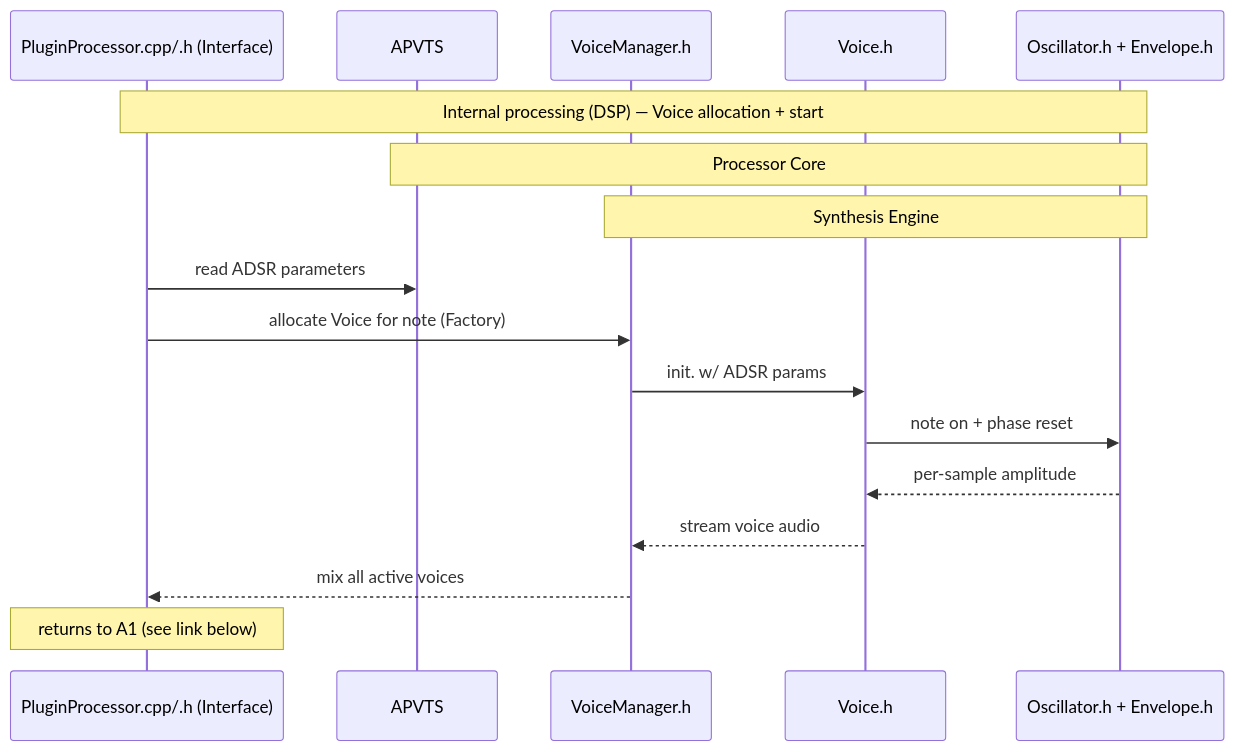
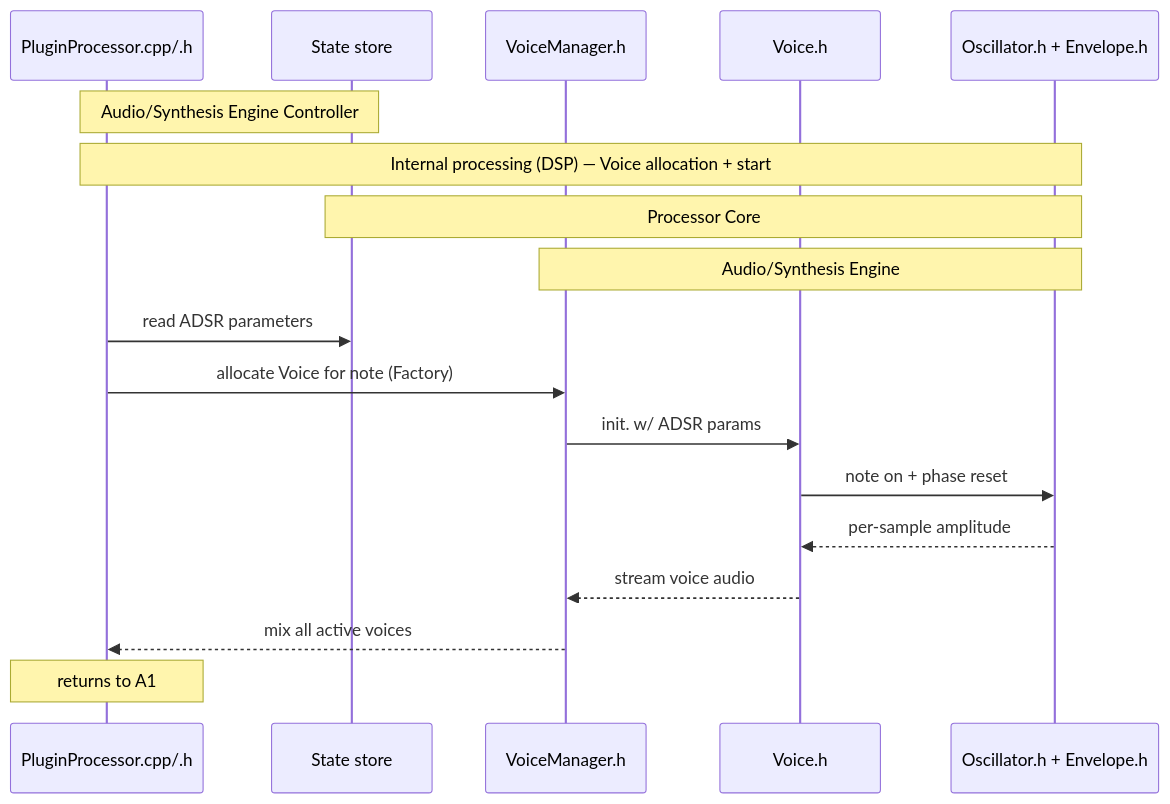
One commit to TYLERSFOSTER/MIDIControl001 changed the second of 6 diagrams in docs/architecture.md. Above: the diagram before and after it, drawn with Mermaid. The commit also changed other lines of this file, not shown here.

Commit message:
architecture.md updated

````diff
--- a/docs/architecture.md
+++ b/docs/architecture.md
@@ -74,20 +74,21 @@
 ```mermaid
 sequenceDiagram
-participant PluginProcessor as PluginProcessor.cpp/.h (Interface)
-participant ValueTree as APVTS
+participant PluginProcessor as PluginProcessor.cpp/.h
+participant ValueTree as State store
 participant VoiceManager as VoiceManager.h
 participant Voice as Voice.h
 participant DSP as Oscillator.h + Envelope.h
 
+Note over PluginProcessor,ValueTree: Audio/Synthesis Engine Controller
 Note over PluginProcessor,DSP: Internal processing (DSP) — Voice allocation + start
 Note over ValueTree,DSP: Processor Core
-Note over VoiceManager,DSP: Synthesis Engine
+Note over VoiceManager,DSP: Audio/Synthesis Engine
 PluginProcessor->>ValueTree: read ADSR parameters
 PluginProcessor->>VoiceManager: allocate Voice for note (Factory)
 VoiceManager->>Voice: init. w/ ADSR params
 Voice->>DSP: note on + phase reset
 DSP-->>Voice: per-sample amplitude
 Voice-->>VoiceManager: stream voice audio
 VoiceManager-->>PluginProcessor: mix all active voices
-Note over PluginProcessor: returns to A1 (see link below)
+Note over PluginProcessor: returns to A1
 ```
````
